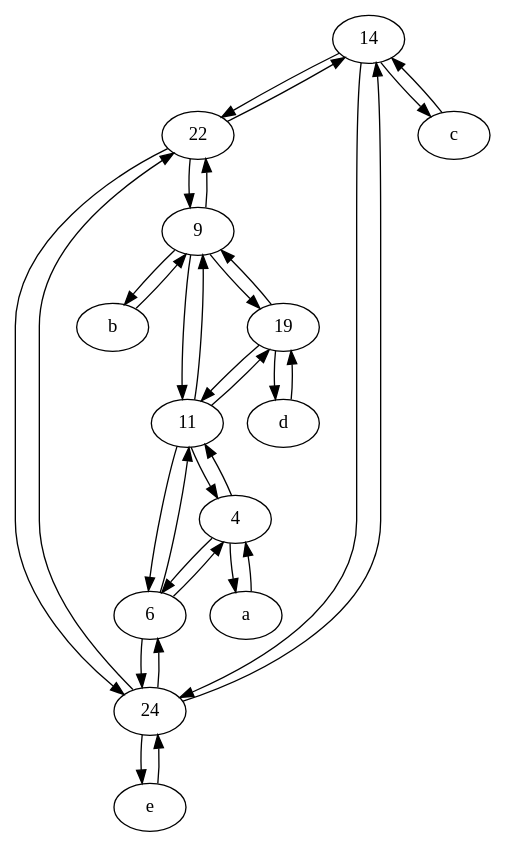
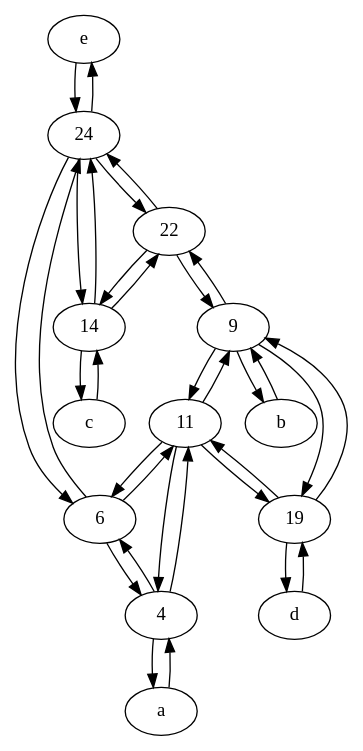
One commit to anisabnis/graph_inference changed the diagram in results_random_err/integra/3/topologyorig.dot. Above: the diagram before and after it, drawn with Graphviz. The commit also changed other lines of this file and 5598 other files, not shown here.

```diff
--- a/results_random_err/integra/3/topologyorig.dot
+++ b/results_random_err/integra/3/topologyorig.dot
@@ -1,48 +1,48 @@
 digraph  {
+	e [pos="30,50!"];
+	11;
+	a [pos="40,10!"];
+	24;
+	6;
+	d [pos="20,30!"];
 	14;
 	22;
+	c [pos="20,10!"];
+	b [pos="50,20!"];
 	4;
-	b [pos="50,20!"];
-	6;
-	d [pos="20,30!"];
-	e [pos="30,50!"];
-	11;
-	24;
-	a [pos="40,10!"];
+	9;
 	19;
-	9;
-	c [pos="20,10!"];
+	e -> 24;
+	14 -> c;
 	14 -> 22;
+	6 -> 24;
+	24 -> 22;
+	11 -> 19;
+	4 -> 6;
+	4 -> a;
+	a -> 4;
+	9 -> 19;
+	6 -> 4;
+	19 -> 9;
+	6 -> 11;
+	24 -> 6;
+	11 -> 6;
+	11 -> 9;
+	c -> 14;
+	22 -> 14;
+	14 -> 24;
+	b -> 9;
+	19 -> 11;
 	d -> 19;
-	14 -> 24;
-	6 -> 24;
+	22 -> 24;
+	4 -> 11;
+	11 -> 4;
+	19 -> d;
 	24 -> e;
-	11 -> 19;
-	19 -> 9;
-	19 -> d;
-	11 -> 9;
-	11 -> 6;
+	22 -> 9;
 	9 -> 11;
-	19 -> 11;
-	c -> 14;
+	9 -> 22;
 	24 -> 14;
-	22 -> 14;
-	4 -> 11;
-	14 -> c;
-	4 -> 6;
-	a -> 4;
-	11 -> 4;
-	e -> 24;
-	24 -> 6;
-	24 -> 22;
-	4 -> a;
-	9 -> 19;
 	9 -> b;
-	b -> 9;
-	6 -> 4;
-	9 -> 22;
-	22 -> 24;
-	22 -> 9;
-	6 -> 11;
 
 	}
```
